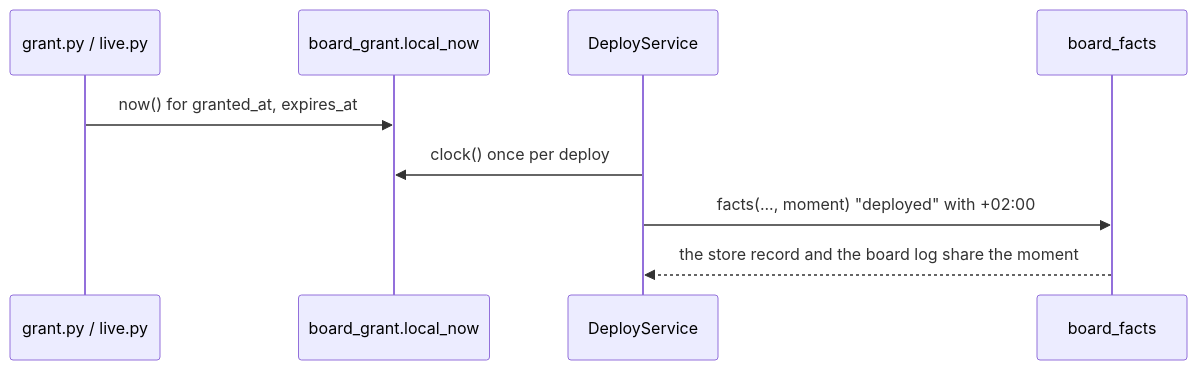
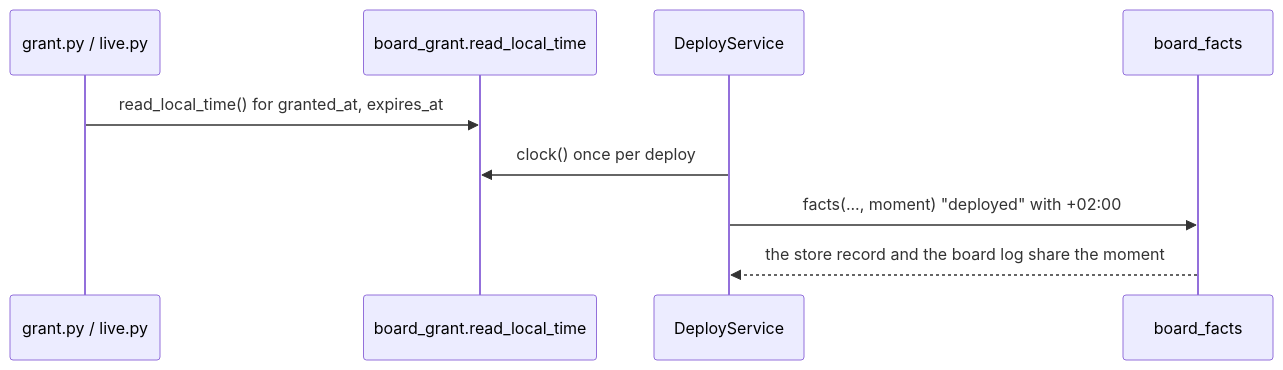
One commit to xmejkal/spark changed the diagram in docs/discovery/2026-10-18-p291-time-zones/plan.md. Above: the diagram before and after it, drawn with Mermaid. The commit also changed other lines of this file, not shown here.

````diff
--- a/docs/discovery/2026-10-18-p291-time-zones/plan.md
+++ b/docs/discovery/2026-10-18-p291-time-zones/plan.md
@@ -24,11 +40,11 @@
 ```mermaid
 sequenceDiagram
   participant G as grant.py / live.py
-  participant BG as board_grant.local_now
+  participant BG as board_grant.read_local_time
   participant D as DeployService
   participant F as board_facts
-  G->>BG: now() for granted_at, expires_at
+  G->>BG: read_local_time() for granted_at, expires_at
   D->>BG: clock() once per deploy
   D->>F: facts(..., moment) "deployed" with +02:00
   F-->>D: the store record and the board log share the moment
 ```
````
